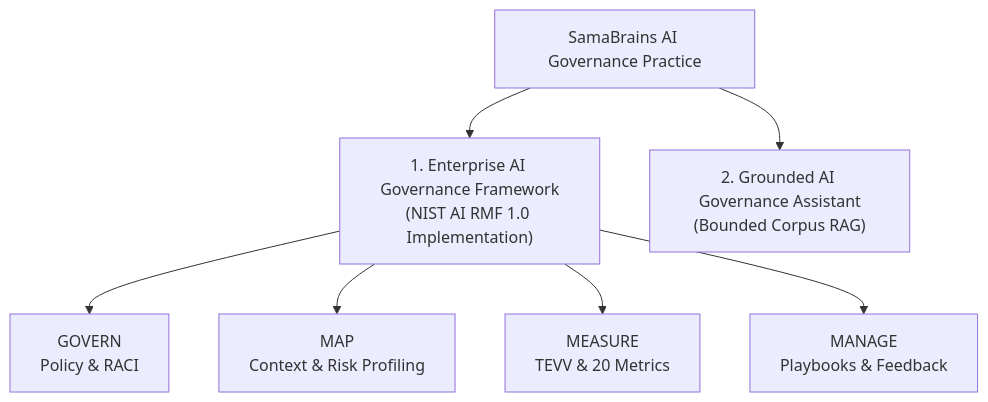
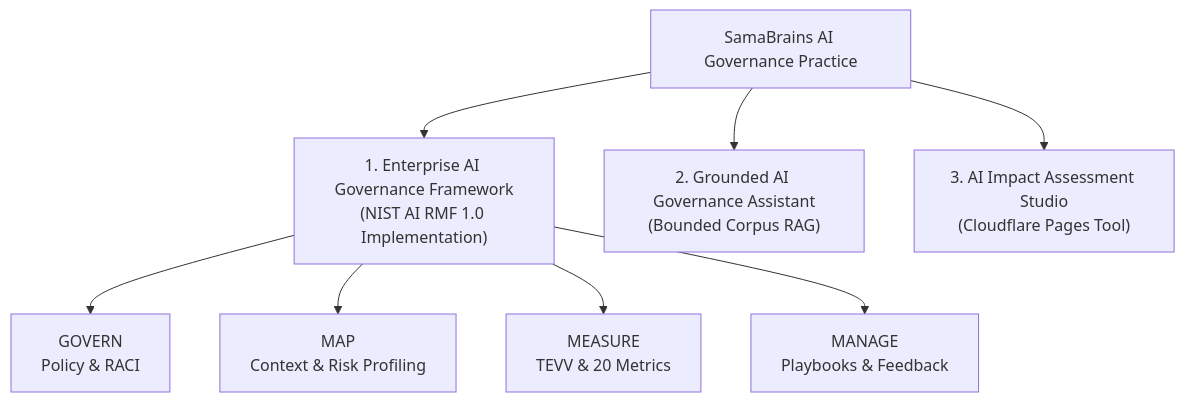
The diagram in README.md (rssebambulidde/ai-governance), drawn with Mermaid before and after one commit. The commit also changed other lines of this file and 7 other files, not shown here.

Commit message:
feat: build interactive AI Impact Assessment Studio web tool for Cloudflare Pages

````diff
--- a/README.md
+++ b/README.md
@@ -15,10 +15,11 @@
 ```mermaid
 flowchart TD
     SB["SamaBrains AI Governance Practice"] --> P1["1. Enterprise AI Governance Framework\n(NIST AI RMF 1.0 Implementation)"]
     SB --> P2["2. Grounded AI Governance Assistant\n(Bounded Corpus RAG)"]
+    SB --> P3["3. AI Impact Assessment Studio\n(Cloudflare Pages Tool)"]
 
     P1 --> G["GOVERN\nPolicy & RACI"]
     P1 --> M1["MAP\nContext & Risk Profiling"]
     P1 --> M2["MEASURE\nTEVV & 20 Metrics"]
     P1 --> M3["MANAGE\nPlaybooks & Feedback"]
 ```
````
